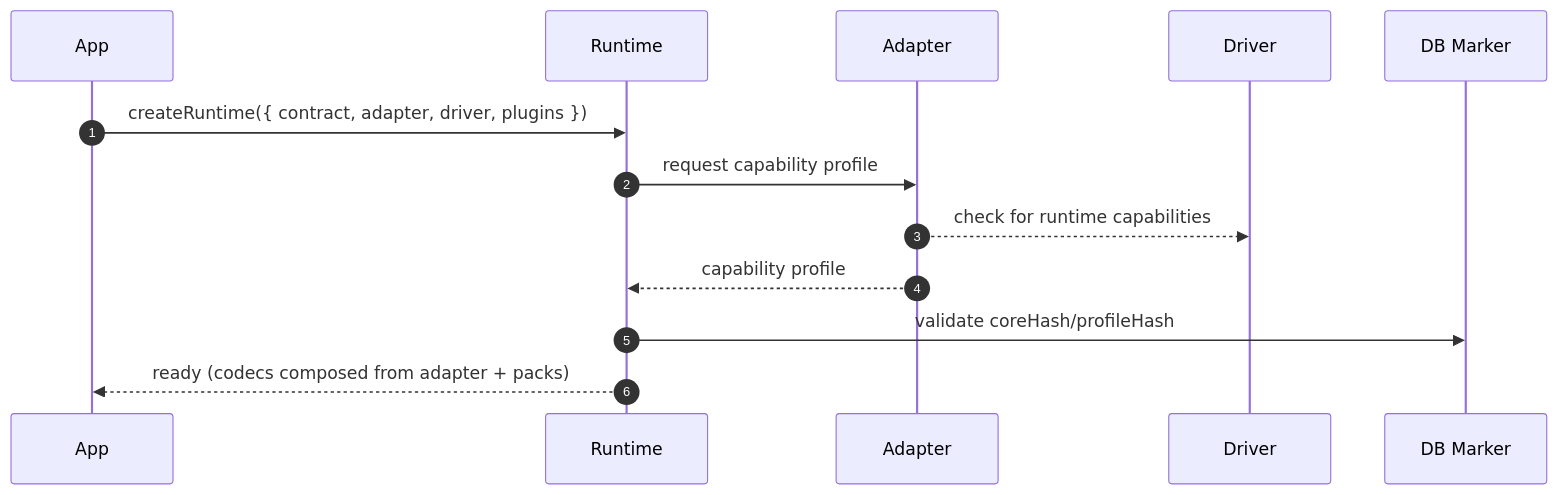
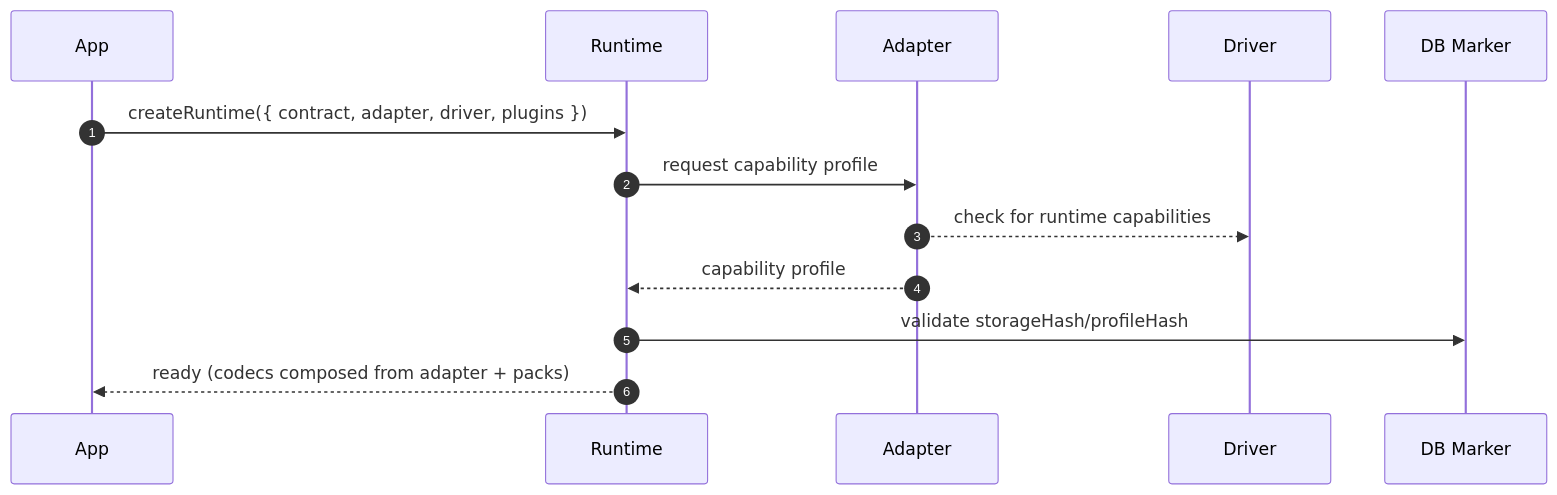
One commit to prisma/prisma-next changed the second of 3 diagrams in docs/architecture docs/subsystems/5. Adapters & Targets.md. Above: the diagram before and after it, drawn with Mermaid. The commit also changed other lines of this file and 262 other files, not shown here.

````diff
--- a/docs/architecture docs/subsystems/5. Adapters & Targets.md
+++ b/docs/architecture docs/subsystems/5. Adapters & Targets.md
@@ -475,16 +475,16 @@
 ```mermaid
 sequenceDiagram
   autonumber
   participant App
   participant Runtime
   participant Adapter
   participant Driver
   participant Marker as DB Marker
 
   App->>Runtime: createRuntime({ contract, adapter, driver, plugins })
   Runtime->>Adapter: request capability profile
   Adapter-->>Driver: check for runtime capabilities
   Adapter-->>Runtime: capability profile
-  Runtime->>Marker: validate coreHash/profileHash
+  Runtime->>Marker: validate storageHash/profileHash
   Runtime-->>App: ready (codecs composed from adapter + packs)
 ```
````
